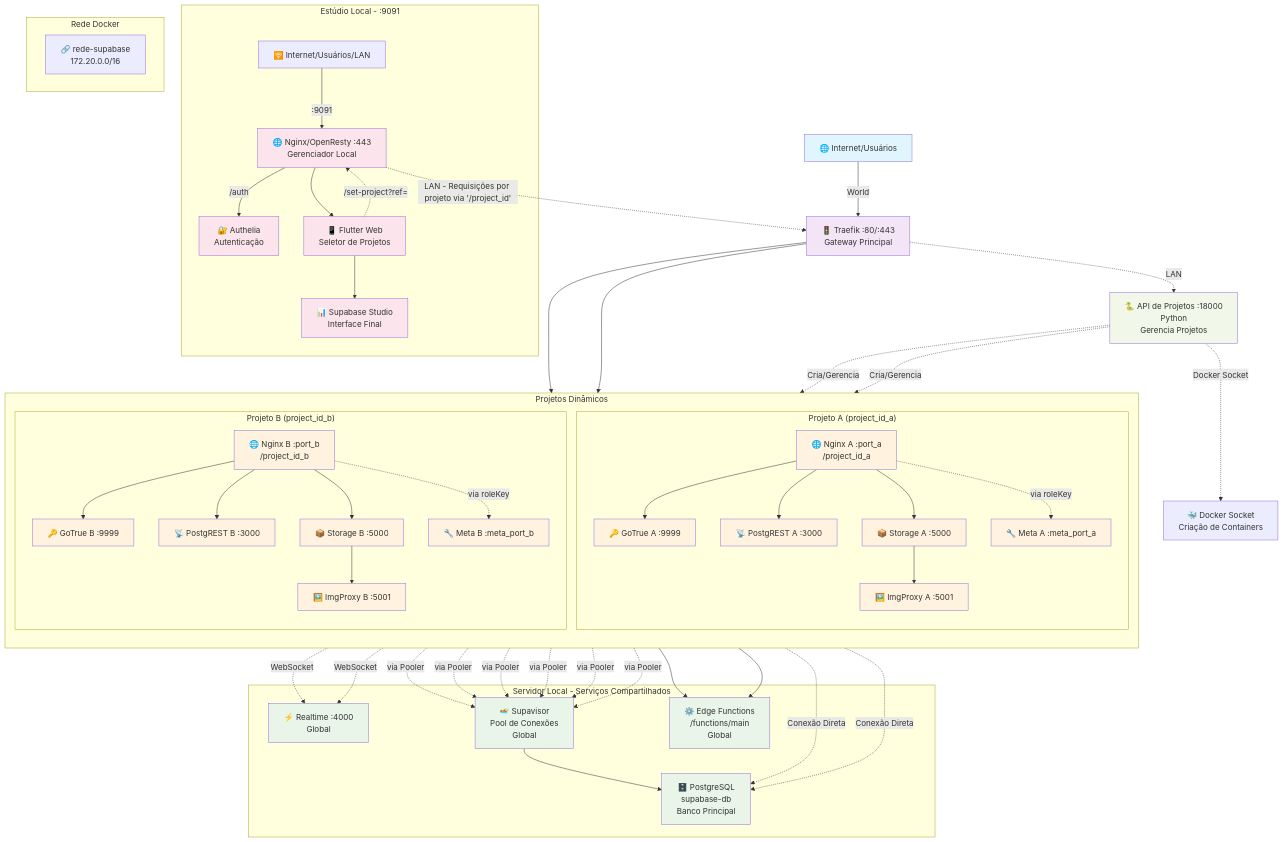
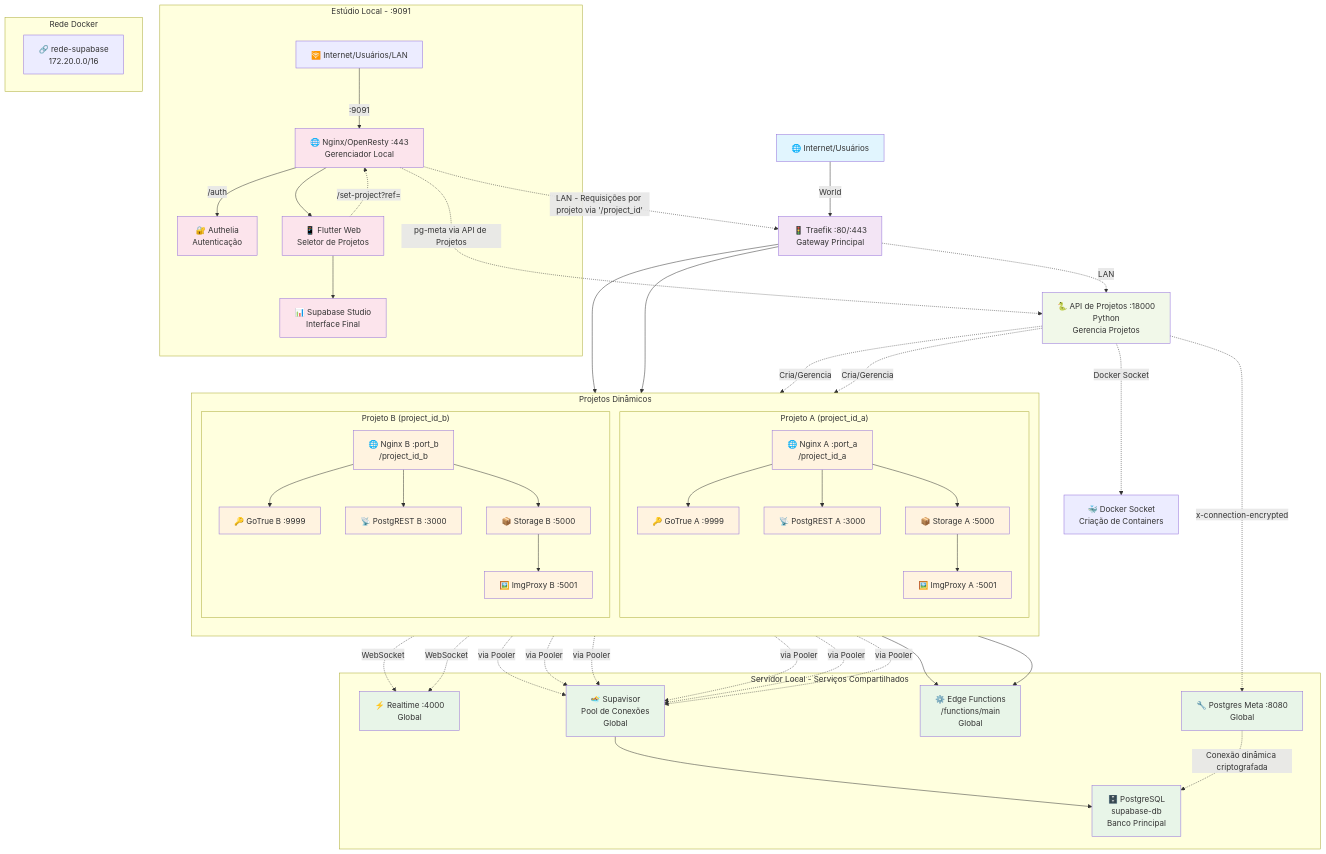
The diagram in LEIAME.md (GustavoMartins123/supabase-multitenant), drawn with Mermaid before and after one commit. The commit also changed 16 other files, not shown here.

```diff
--- a/LEIAME.md
+++ b/LEIAME.md
@@ -48,13 +48,13 @@
         Realtime["⚡ Realtime :4000\nGlobal"]
         Pooler["🏊 Supavisor\nPool de Conexões\nGlobal"]
         Functions["⚙️ Edge Functions\n/functions/main\nGlobal"]
+        MetaGlobal["🔧 Postgres Meta :8080\nGlobal"]
   end
  subgraph subGraph2["Projeto A (project_id_a)"]
         NginxA["🌐 Nginx A :port_a\n/project_id_a"]
         AuthA["🔑 GoTrue A :9999"]
         RestA["📡 PostgREST A :3000"]
         StorageA["📦 Storage A :5000"]
-        MetaA["🔧 Meta A :meta_port_a"]
         ImgA["🖼️ ImgProxy A :5001"]
   end
  subgraph subGraph3["Projeto B (project_id_b)"]
@@ -62,7 +62,6 @@
         AuthB["🔑 GoTrue B :9999"]
         RestB["📡 PostgREST B :3000"]
         StorageB["📦 Storage B :5000"]
-        MetaB["🔧 Meta B :meta_port_b"]
         ImgB["🖼️ ImgProxy B :5001"]
   end
  subgraph subGraph4["Projetos Dinâmicos"]
@@ -81,24 +80,23 @@
     Nginx -. "LAN - Requisições por projeto via '/project_id'" .-> Traefik
     Traefik -. LAN .-> API["🐍 API de Projetos :18000\nPython\nGerencia Projetos"]
     Pooler --> DB
+    MetaGlobal -. "Conexão dinâmica criptografada" .-> DB
     NginxA --> AuthA & RestA & StorageA & Functions
-    NginxA -. via roleKey .-> MetaA
     StorageA --> ImgA
     NginxB --> AuthB & RestB & StorageB & Functions
-    NginxB -. via roleKey .-> MetaB
     StorageB --> ImgB
     Traefik --> NginxA
     Traefik --> NginxB
     AuthA -. via Pooler .-> Pooler
     RestA -. via Pooler .-> Pooler
     StorageA -. via Pooler .-> Pooler
-    MetaA -. Conexão Direta .-> DB
     AuthB -. via Pooler .-> Pooler
     RestB -. via Pooler .-> Pooler
     StorageB -. via Pooler .-> Pooler
-    MetaB -. Conexão Direta .-> DB
     NginxA -. WebSocket .-> Realtime
     NginxB -. WebSocket .-> Realtime
+    Nginx -. "pg-meta via API de Projetos" .-> API
+    API -. "x-connection-encrypted" .-> MetaGlobal
     API -. Cria/Gerencia .-> NginxA & NginxB
     API -. Docker Socket .-> DockerSock["🐳 Docker Socket\nCriação de Containers"]
     Flutter -. "/set-project?ref=" .-> Nginx
@@ -110,17 +108,16 @@
      Realtime:::shared
      Pooler:::shared
      Functions:::shared
+     MetaGlobal:::shared
      NginxA:::project
      AuthA:::project
      RestA:::project
      StorageA:::project
-     MetaA:::project
      ImgA:::project
      NginxB:::project
      AuthB:::project
      RestB:::project
      StorageB:::project
-     MetaB:::project
      ImgB:::project
      World:::external
      Traefik:::gateway
```
